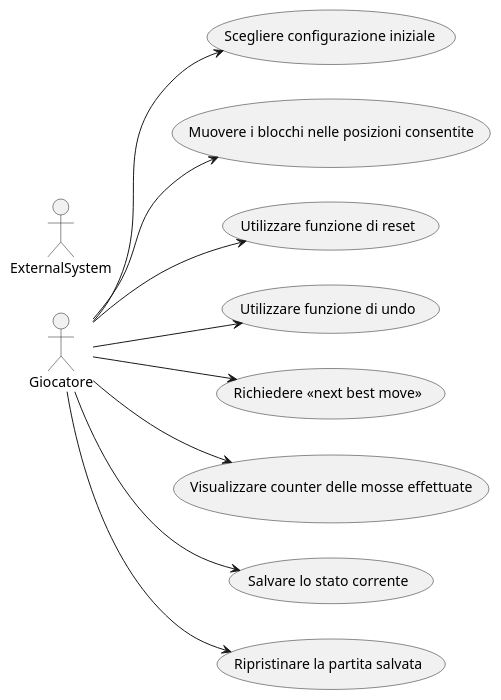
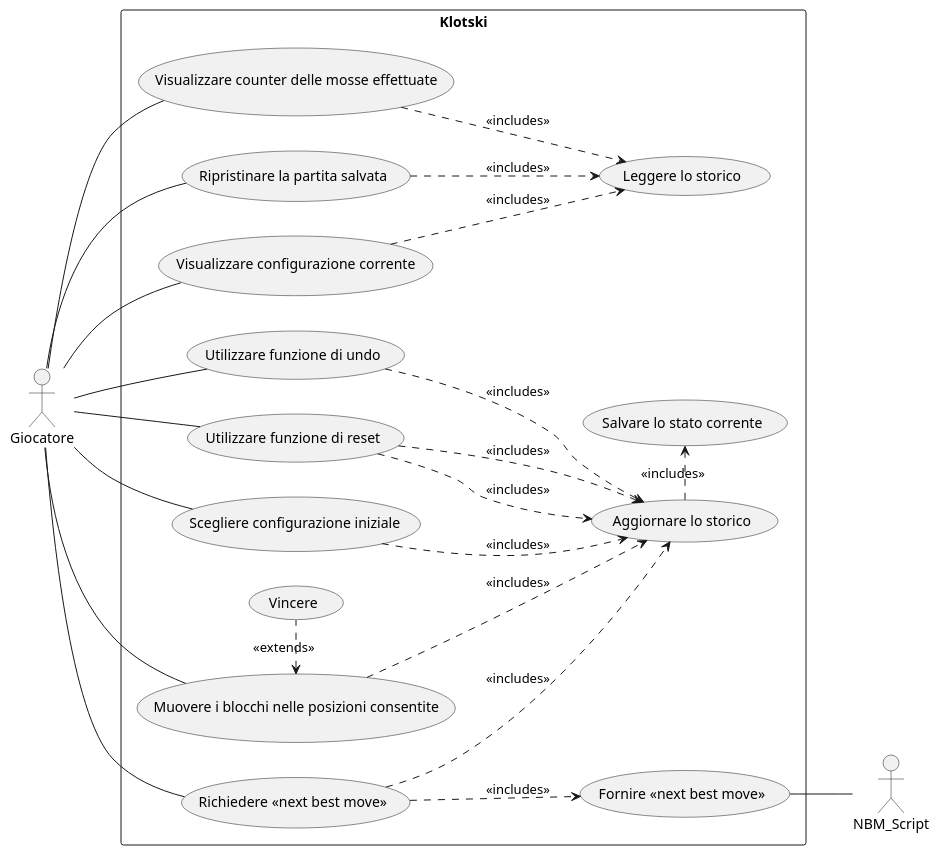
The diagram in resources/Use_Cases.md (bellins14/klotski_gruppo2), drawn with PlantUML before and after one commit.

Commit message:
Modificato Use Cases Diagram Use_Cases.md

````diff
--- a/resources/Use_Cases.md
+++ b/resources/Use_Cases.md
@@ -305,19 +305,48 @@
 ```plantuml
 @startuml
 
 left to right direction
 
 actor Giocatore
-actor ExternalSystem
+actor NBM_Script
 
-Giocatore --> (Scegliere configurazione iniziale)
-Giocatore --> (Muovere i blocchi nelle posizioni consentite)
-Giocatore --> (Utilizzare funzione di reset)
-Giocatore --> (Utilizzare funzione di undo)
-Giocatore --> (Richiedere «next best move»)
-Giocatore --> (Visualizzare counter delle mosse effettuate)
-Giocatore --> (Salvare lo stato corrente)
-Giocatore --> (Ripristinare la partita salvata)
+rectangle "Klotski" {
+  usecase "Visualizzare configurazione corrente" as current_conf
+  usecase "Visualizzare counter delle mosse effettuate" as counter
+  usecase "Ripristinare la partita salvata" as restore
+  usecase "Leggere lo storico" as read_log
+  usecase "Aggiornare lo storico" as update_log
+  usecase "Scegliere configurazione iniziale" as init_conf
+  usecase "Muovere i blocchi nelle posizioni consentite" as move
+  usecase "Vincere" as win
+  usecase "Utilizzare funzione di reset" as reset
+  usecase "Utilizzare funzione di undo" as undo
+  usecase "Salvare lo stato corrente" as save
+   usecase "Fornire «next best move»" as make_nbm
+  usecase "Richiedere «next best move»" as nbm
+}
+
+Giocatore -- current_conf
+current_conf -[dashed]-> read_log: "<<includes>>"
+Giocatore -- init_conf
+init_conf -[dashed]-> update_log: "<<includes>>"
+Giocatore -- move
+move -[dashed]-> update_log: "<<includes>>"
+move <-[dashed]right- win: "<<extends>>"
+Giocatore -- counter
+counter -[dashed]-> read_log: "<<includes>>"
+Giocatore -- reset
+reset -[dashed]-> update_log: "<<includes>>"
+Giocatore -- undo
+undo -[dashed]-> update_log: "<<includes>>"
+reset -[dashed]-> update_log: "<<includes>>"
+Giocatore -- nbm
+save <-[dashed]left- update_log: "<<includes>>"
+Giocatore -- restore
+restore -[dashed]-> read_log: "<<includes>>"
+NBM_Script -up- make_nbm
+nbm -[dashed]-> make_nbm: "<<includes>>"
+nbm -[dashed]-> update_log: "<<includes>>"
 
 @enduml
 ```
````
